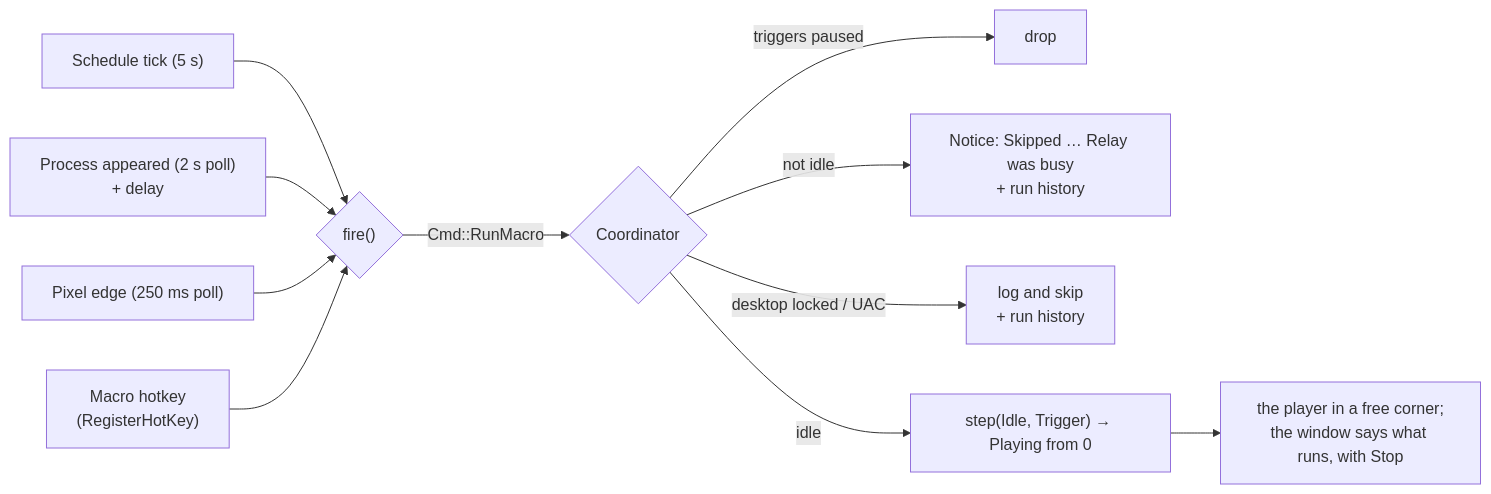
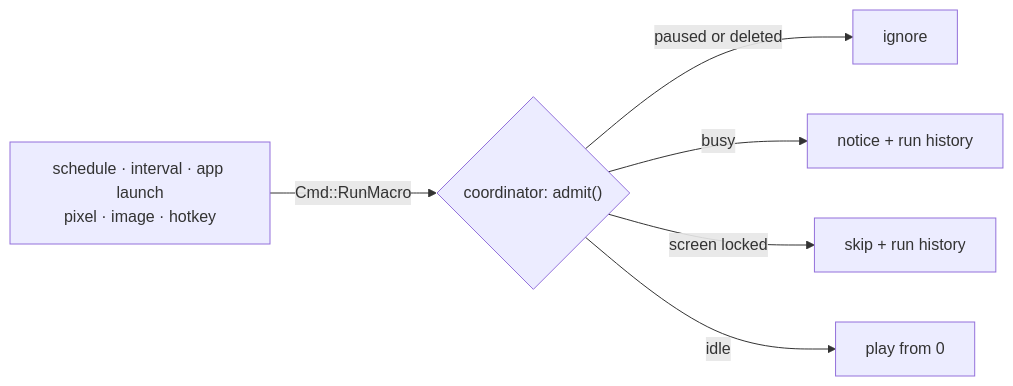
One commit to HappyRave/Relay changed the fifth of 6 diagrams in docs/engineering/architecture.md. Above: the diagram before and after it, drawn with Mermaid. The commit also changed other lines of this file and 3 other files, not shown here.

First line of the commit message:
docs(engineering): architecture, core, platform and app, rewritten short

````diff
--- a/docs/engineering/architecture.md
+++ b/docs/engineering/architecture.md
@@ -193,13 +121,8 @@
 ```mermaid
 flowchart LR
-    S["Schedule tick (5 s)"] --> F{"fire()"}
-    A["Process appeared (2 s poll)<br/>+ delay"] --> F
-    X["Pixel edge (250 ms poll)"] --> F
-    K["Macro hotkey<br/>(RegisterHotKey)"] --> F
-    F -- "Cmd::RunMacro" --> C{"Coordinator"}
-    C -- "triggers paused" --> N1["drop"]
-    C -- "not idle" --> N2["Notice: Skipped … Relay was busy<br/>+ run history"]
-    C -- "desktop locked / UAC" --> N3["log and skip<br/>+ run history"]
-    C -- "idle" --> P["step(Idle, Trigger) → Playing from 0"]
-    P --> PL["the player in a free corner;<br/>the window says what runs, with Stop"]
+    S["schedule · interval · app launch<br/>pixel · image · hotkey"] -- "Cmd::RunMacro" --> C{"coordinator: admit()"}
+    C -- "paused or deleted" --> I["ignore"]
+    C -- "busy" --> B["notice + run history"]
+    C -- "screen locked" --> L["skip + run history"]
+    C -- "idle" --> P["play from 0"]
 ```
````
